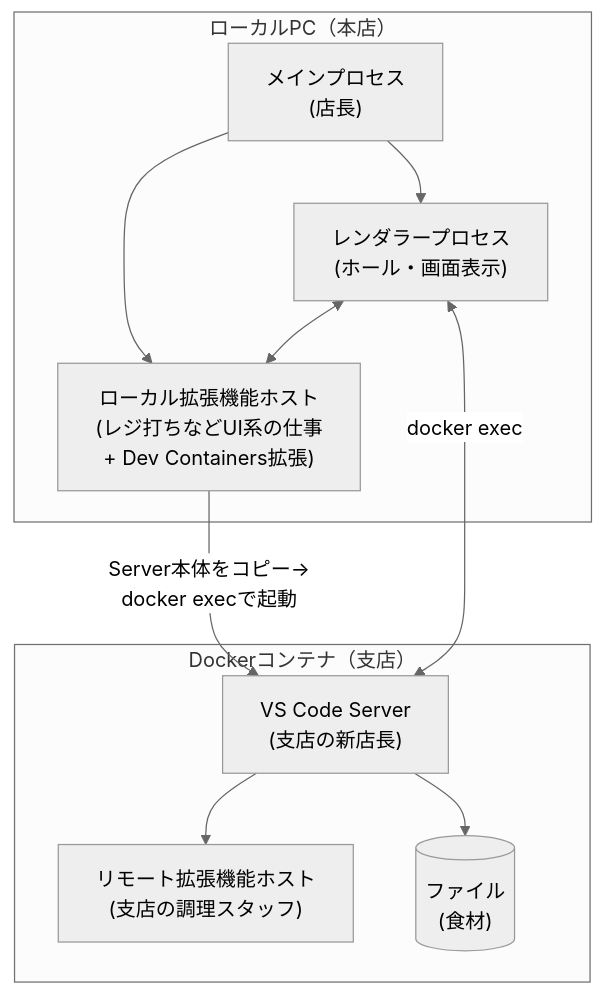
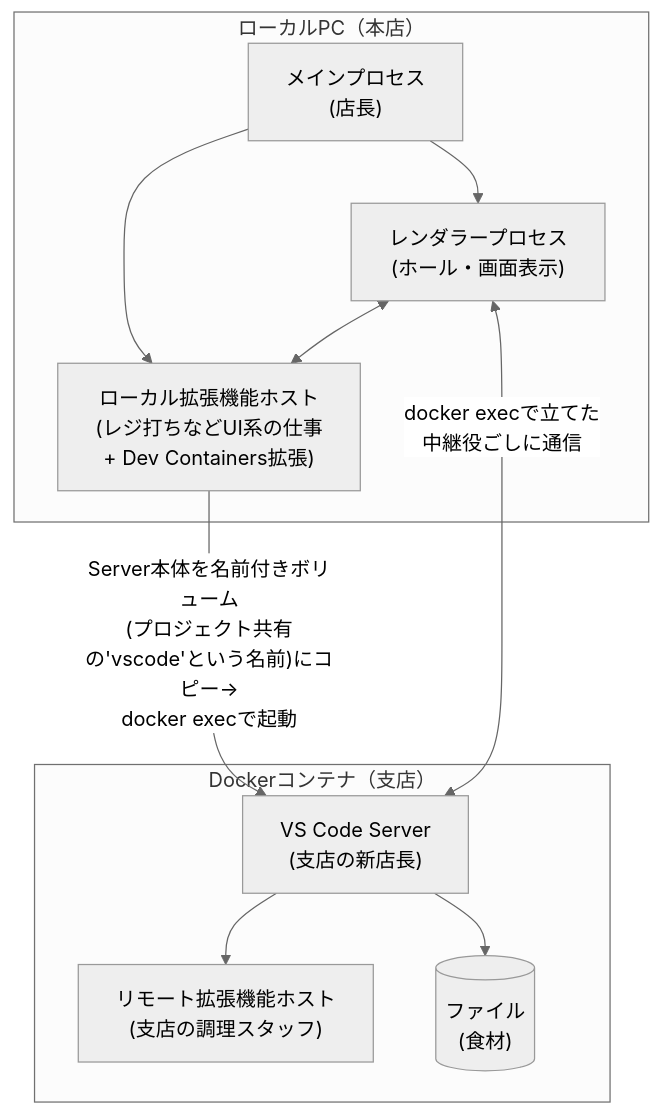
The second of 2 diagrams in .devcontainer/docs/vscode-devcontainer-architecture.md (TakebumiSuzuki/recipe-api), drawn with Mermaid (neutral theme) before and after one commit. The commit also changed other lines of this file and 10 other files, not shown here.

````diff
--- a/.devcontainer/docs/vscode-devcontainer-architecture.md
+++ b/.devcontainer/docs/vscode-devcontainer-architecture.md
@@ -44,24 +44,24 @@
 ```mermaid
 flowchart TB
     subgraph pc["ローカルPC（本店）"]
         main["メインプロセス<br/>(店長)"]
         renderer["レンダラープロセス<br/>(ホール・画面表示)"]
         localext["ローカル拡張機能ホスト<br/>(レジ打ちなどUI系の仕事<br/>+ Dev Containers拡張)"]
 
         main --> renderer
         main --> localext
         renderer <--> localext
     end
 
     subgraph container["Dockerコンテナ（支店）"]
         server["VS Code Server<br/>(支店の新店長)"]
         remoteext["リモート拡張機能ホスト<br/>(支店の調理スタッフ)"]
         file[("ファイル<br/>(食材)")]
 
         server --> remoteext
         server --> file
     end
 
-    localext -->|"Server本体をコピー→<br/>docker execで起動"| server
-    renderer <-->|"docker exec"| server
+    localext -->|"Server本体を名前付きボリューム<br/>(プロジェクト共有の'vscode'という名前)にコピー→<br/>docker execで起動"| server
+    renderer <-->|"docker execで立てた<br/>中継役ごしに通信"| server
 ```
````
